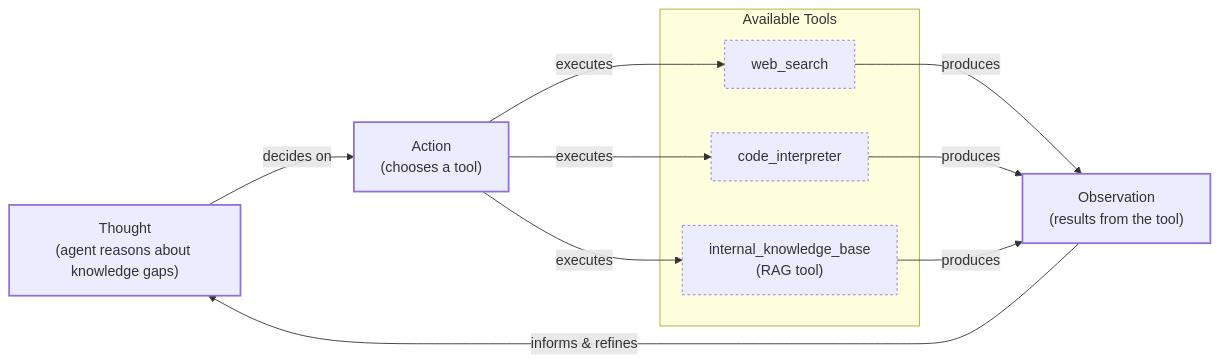
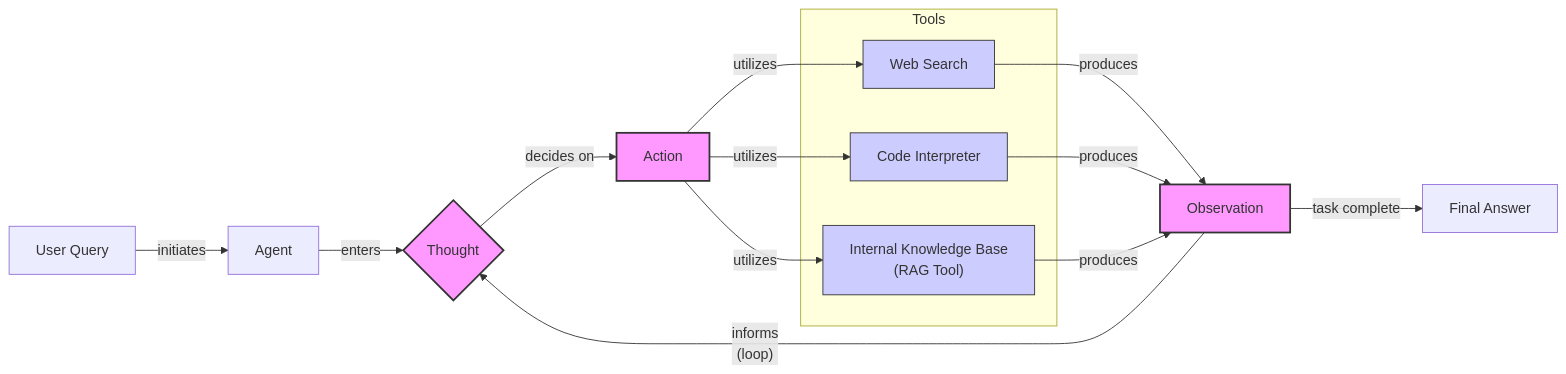
Before and after one commit to YMaXing/Research-Agent-reinforced-by-RL: the fourth of 4 diagrams in RL_researcher_writer_ymaxing/rl_training_data/noise_experiment/09_RAG__var_standard__replicate1__preset3/article.md, drawn with Mermaid. The commit also changed other lines of this file and 4528 other files, not shown here.

````diff
--- a/RL_researcher_writer_ymaxing/rl_training_data/noise_experiment/09_RAG__var_standard__replicate1__preset3/article.md
+++ b/RL_researcher_writer_ymaxing/rl_training_data/noise_experiment/09_RAG__var_standard__replicate1__preset3/article.md
@@ -180,32 +183,41 @@
 ```mermaid
 flowchart LR
-  %% Agent's Main Loop
-  Thought["Thought<br/>(agent reasons about knowledge gaps)"]
+  %% Start and End Nodes
+  A["User Query"]
+  F["Final Answer"]
 
-  subgraph Tools["Available Tools"]
-    WebSearch["web_search"]
-    CodeInterpreter["code_interpreter"]
-    InternalKB["internal_knowledge_base<br/>(RAG tool)"]
+  %% Main Agent Loop Components
+  B["Agent"]
+  C{"Thought"}
+  D["Action"]
+  E["Observation"]
+
+  %% Tools Subgraph
+  subgraph Tools
+    T1["Web Search"]
+    T2["Code Interpreter"]
+    T3["Internal Knowledge Base<br/>(RAG Tool)"]
   end
 
-  Action["Action<br/>(chooses a tool)"]
-  Observation["Observation<br/>(results from the tool)"]
+  %% Flow Connections
+  A -- "initiates" --> B
+  B -- "enters" --> C
+  C -- "decides on" --> D
 
-  %% Flow of the loop
-  Thought -- "decides on" --> Action
-  Action -- "executes" --> WebSearch
-  Action -- "executes" --> CodeInterpreter
-  Action -- "executes" --> InternalKB
+  D -- "utilizes" --> T1
+  D -- "utilizes" --> T2
+  D -- "utilizes" --> T3
 
-  WebSearch -- "produces" --> Observation
-  CodeInterpreter -- "produces" --> Observation
-  InternalKB -- "produces" --> Observation
+  T1 -- "produces" --> E
+  T2 -- "produces" --> E
+  T3 -- "produces" --> E
 
-  Observation -- "informs & refines" --> Thought
+  E -- "informs<br/>(loop)" --> C
+  E -- "task complete" --> F
 
-  %% Visual grouping
-  classDef main_loop stroke-width:2px
-  classDef tools stroke-dasharray:3,3
-  class Thought,Action,Observation main_loop
-  class WebSearch,CodeInterpreter,InternalKB tools
+  %% Visual Grouping
+  classDef loopStep fill:#f9f,stroke:#333,stroke-width:2px
+  class C,D,E loopStep
+  classDef toolNode fill:#ccf,stroke:#333,stroke-width:1px
+  class T1,T2,T3 toolNode
 ```
````
